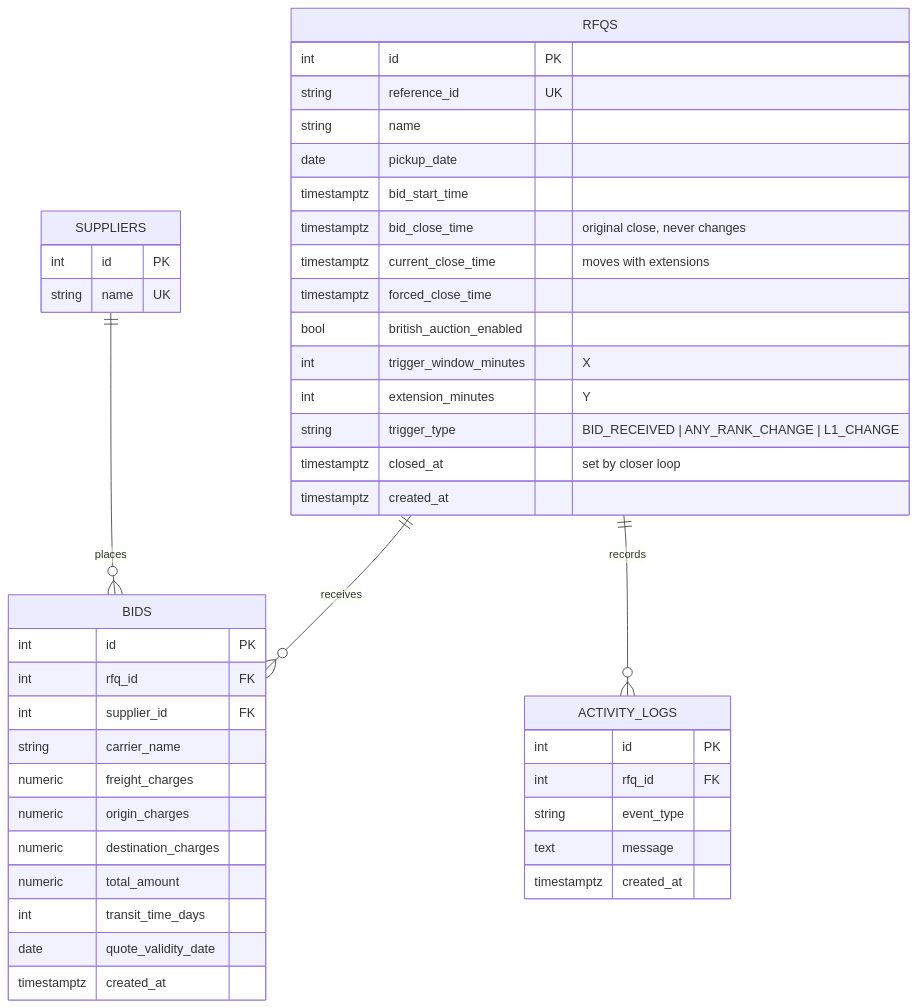
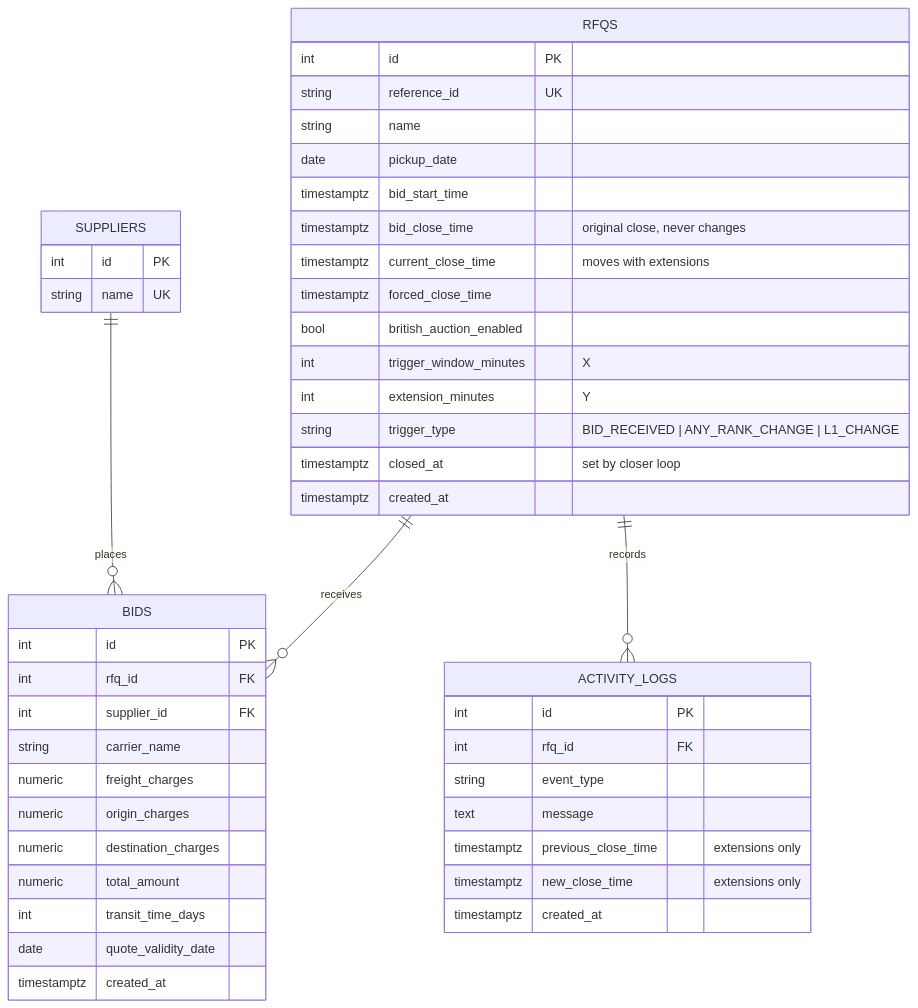
One commit to dev-shubhamroy/british-auction-rfq changed the second of 4 diagrams in docs/DESIGN.md. Above: the diagram before and after it, drawn with Mermaid. The commit also changed other lines of this file and 1 other file, not shown here.

````diff
--- a/docs/DESIGN.md
+++ b/docs/DESIGN.md
@@ -93,47 +93,49 @@
 ```mermaid
 erDiagram
     RFQS ||--o{ BIDS : receives
     SUPPLIERS ||--o{ BIDS : places
     RFQS ||--o{ ACTIVITY_LOGS : records
 
     RFQS {
         int id PK
         string reference_id UK
         string name
         date pickup_date
         timestamptz bid_start_time
         timestamptz bid_close_time "original close, never changes"
         timestamptz current_close_time "moves with extensions"
         timestamptz forced_close_time
         bool british_auction_enabled
         int trigger_window_minutes "X"
         int extension_minutes "Y"
         string trigger_type "BID_RECEIVED | ANY_RANK_CHANGE | L1_CHANGE"
         timestamptz closed_at "set by closer loop"
         timestamptz created_at
     }
     SUPPLIERS {
         int id PK
         string name UK
     }
     BIDS {
         int id PK
         int rfq_id FK
         int supplier_id FK
         string carrier_name
         numeric freight_charges
         numeric origin_charges
         numeric destination_charges
         numeric total_amount
         int transit_time_days
         date quote_validity_date
         timestamptz created_at
     }
     ACTIVITY_LOGS {
         int id PK
         int rfq_id FK
         string event_type
         text message
+        timestamptz previous_close_time "extensions only"
+        timestamptz new_close_time "extensions only"
         timestamptz created_at
     }
 ```
````
